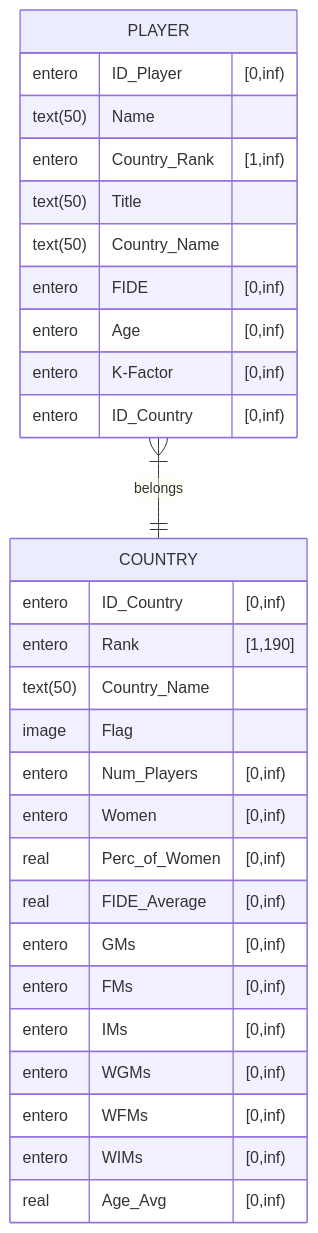
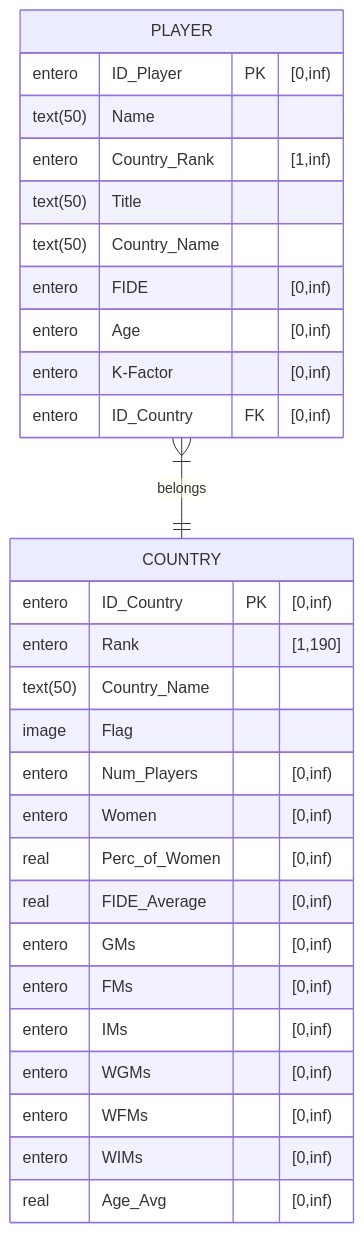
Before and after one commit to HelenaCarrillo/BDR: the diagram in TAREA3.md, drawn with Mermaid. The commit also changed other lines of this file, not shown here.

Commit message:
Diagrama

````diff
--- a/TAREA3.md
+++ b/TAREA3.md
@@ -7,34 +7,34 @@
 ```mermaid
 erDiagram
 PLAYER}|--||COUNTRY:belongs
 PLAYER{
-    entero ID_Player "[0,inf)"
+    entero ID_Player PK "[0,inf)"
     text(50) Name
     entero Country_Rank "[1,inf)"
     text(50) Title
     text(50) Country_Name
     entero FIDE "[0,inf)"
     entero Age "[0,inf)"
     entero K-Factor "[0,inf)"
-    entero ID_Country "[0,inf)"
+    entero ID_Country FK "[0,inf)"
 
 }
     
 COUNTRY {
-    entero ID_Country "[0,inf)"
+    entero ID_Country PK "[0,inf)"
     entero Rank "[1,190]" 
     text(50) Country_Name
     image Flag 
     entero Num_Players "[0,inf)"
     entero Women "[0,inf)"
     real Perc_of_Women "[0,inf)"
     real FIDE_Average "[0,inf)"
     entero GMs "[0,inf)"
     entero FMs "[0,inf)"
     entero IMs "[0,inf)"
     entero WGMs "[0,inf)"
     entero WFMs "[0,inf)"
     entero WIMs "[0,inf)"
     real Age_Avg "[0,inf)"
 } 
 ```
````
